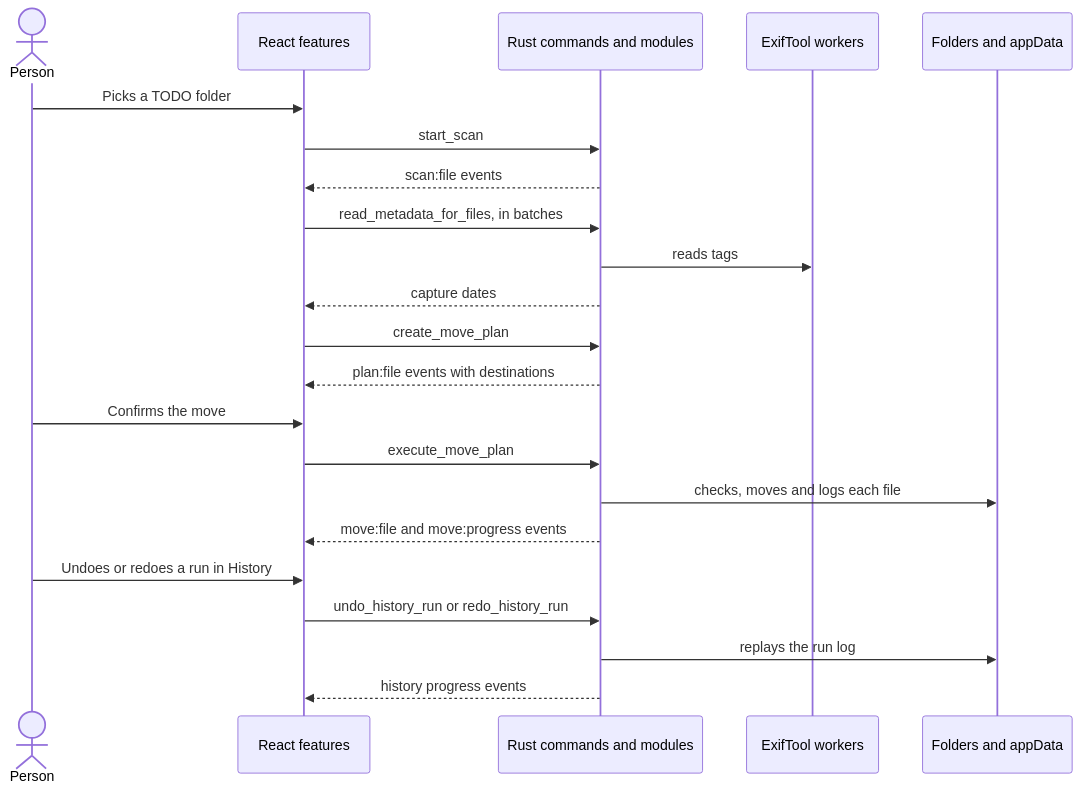
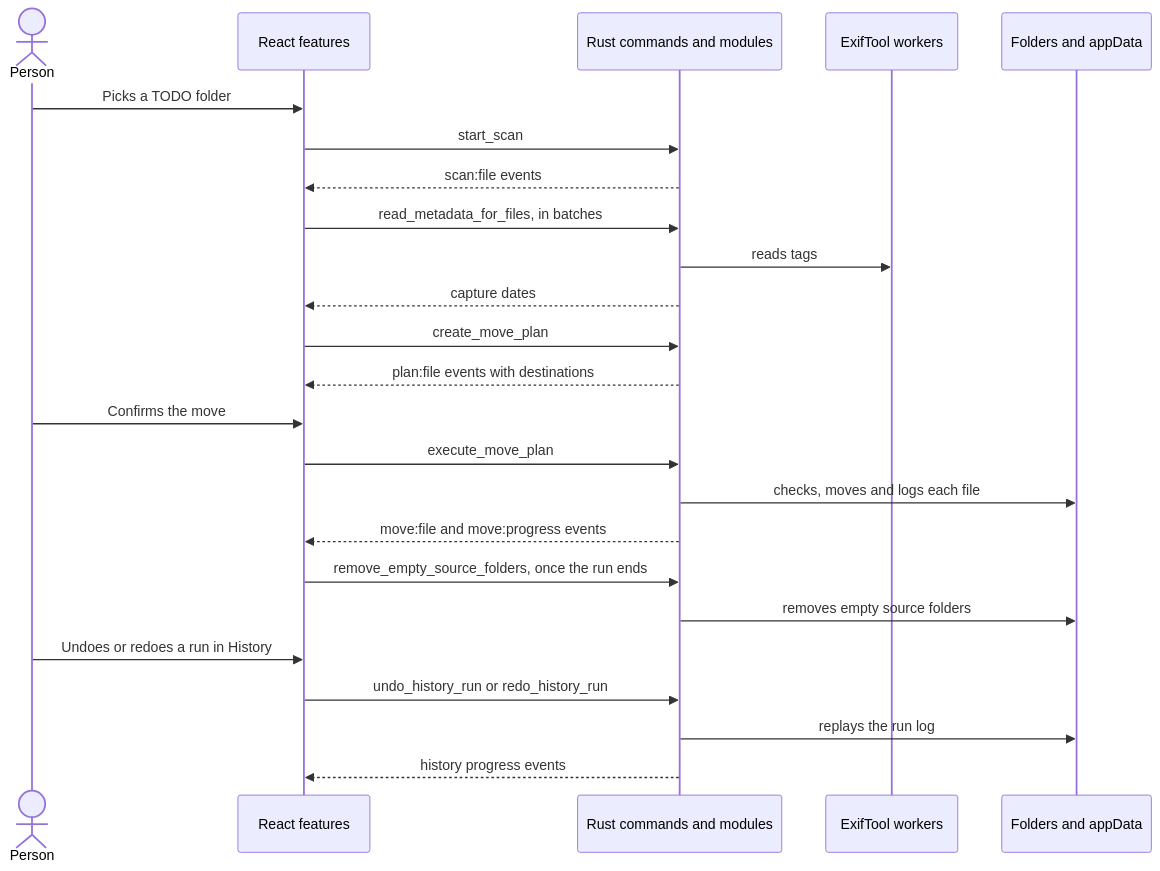
Before and after one commit to oleg-chibikov/media-organizer: the second of 3 diagrams in docs/architecture.md, drawn with Mermaid. The commit also changed other lines of this file and 19 other files, not shown here.

First line of the commit message:
fix(move-run): remove every empty source folder once a run ends

````diff
--- a/docs/architecture.md
+++ b/docs/architecture.md
@@ -36,24 +36,26 @@
 ```mermaid
 sequenceDiagram
   actor Person
   participant UI as React features
   participant Rust as Rust commands and modules
   participant Exif as ExifTool workers
   participant Disk as Folders and appData
   Person->>UI: Picks a TODO folder
   UI->>Rust: start_scan
   Rust-->>UI: scan:file events
   UI->>Rust: read_metadata_for_files, in batches
   Rust->>Exif: reads tags
   Rust-->>UI: capture dates
   UI->>Rust: create_move_plan
   Rust-->>UI: plan:file events with destinations
   Person->>UI: Confirms the move
   UI->>Rust: execute_move_plan
   Rust->>Disk: checks, moves and logs each file
   Rust-->>UI: move:file and move:progress events
+  UI->>Rust: remove_empty_source_folders, once the run ends
+  Rust->>Disk: removes empty source folders
   Person->>UI: Undoes or redoes a run in History
   UI->>Rust: undo_history_run or redo_history_run
   Rust->>Disk: replays the run log
   Rust-->>UI: history progress events
 ```
````
